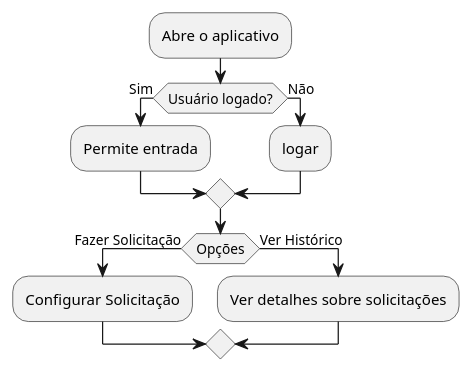
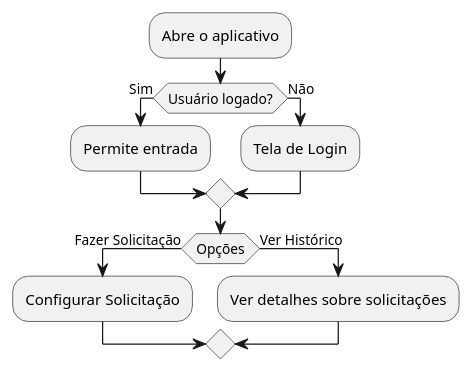
The diagram in ActivityDiagram.md (RenataArdito/Alerta-ADS), drawn with PlantUML before and after one commit.

````diff
--- a/ActivityDiagram.md
+++ b/ActivityDiagram.md
@@ -1,17 +1,17 @@
 ```plantuml
 @startuml
 
 :Abre o aplicativo;
 
 if (Usuário logado?) then (Sim)
     :Permite entrada;
 else (Não)
-    :logar;
+    :Tela de Login;
 endif
     if (Opções) then (Fazer Solicitação)
         :Configurar Solicitação;
     else (Ver Histórico)
         :Ver detalhes sobre solicitações;
 
 @enduml
 ```
````
